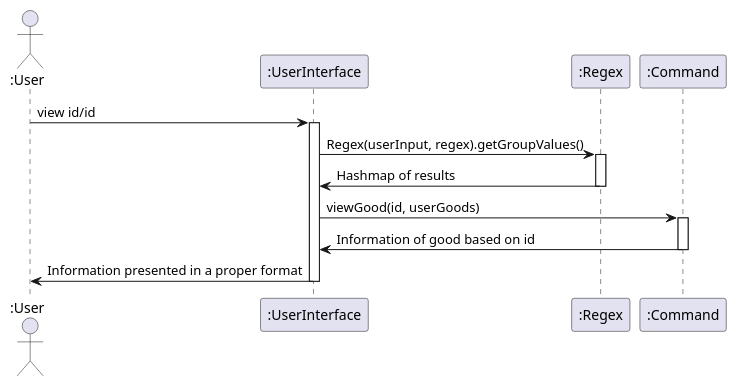
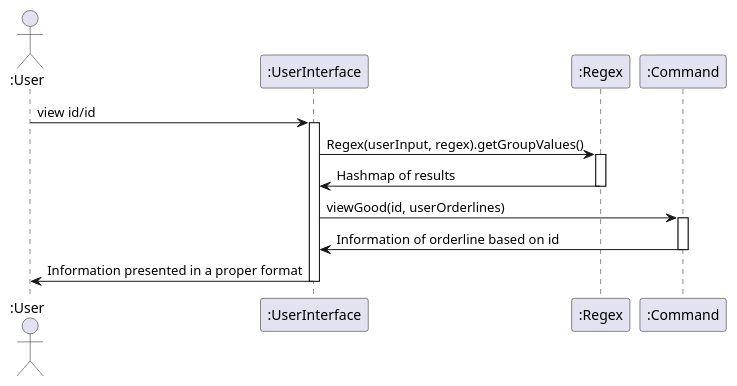
One commit to nus-cs2113-AY2122S2/tp changed the diagram in docs/diagrams/viewGood.puml. Above: the diagram before and after it, drawn with PlantUML. The commit also changed 22 other files, not shown here.

```diff
--- a/docs/diagrams/viewGood.puml
+++ b/docs/diagrams/viewGood.puml
@@ -1,15 +1,15 @@
 @startuml
 'https://plantuml.com/sequence-diagram
 
 Actor ":User" as user
 participant ":UserInterface" as ui
 participant ":Regex" as regex
 participant ":Command" as command
 
 user -> ui ++ : view id/id
 ui -> regex ++ : Regex(userInput, regex).getGroupValues()
 regex -> ui -- : Hashmap of results
-ui -> command ++ : viewGood(id, userGoods)
-command -> ui -- : Information of good based on id
+ui -> command ++ : viewGood(id, userOrderlines)
+command -> ui -- : Information of orderline based on id
 ui -> user -- : Information presented in a proper format
 @enduml
```
